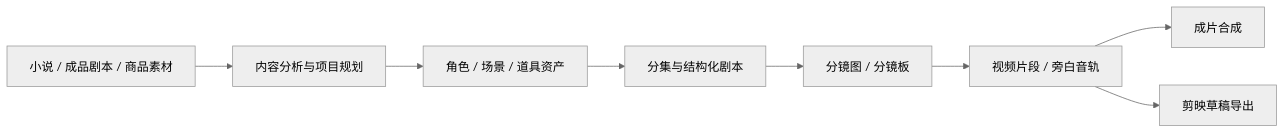
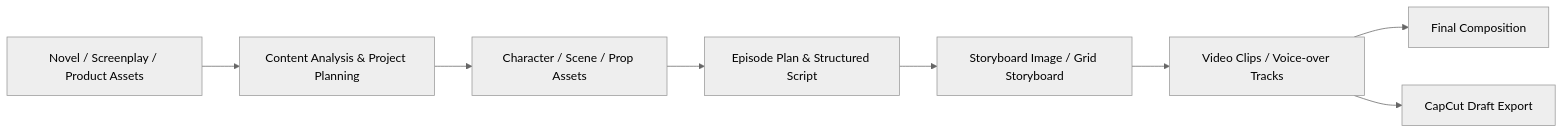
The first of 2 diagrams in README.en.md (ArcReel/ArcReel), drawn with Mermaid (neutral theme) before and after one commit. The commit also changed other lines of this file and 9 other files, not shown here.

````diff
--- a/README.en.md
+++ b/README.en.md
@@ -88,10 +88,10 @@
 ```mermaid
 flowchart LR
-    A["小说 / 成品剧本 / 商品素材"] --> B["内容分析与项目规划"]
-    B --> C["角色 / 场景 / 道具资产"]
-    C --> D["分集与结构化剧本"]
-    D --> E["分镜图 / 分镜板"]
-    E --> F["视频片段 / 旁白音轨"]
-    F --> G["成片合成"]
-    F --> H["剪映草稿导出"]
+    A["Novel / Screenplay / Product Assets"] --> B["Content Analysis & Project Planning"]
+    B --> C["Character / Scene / Prop Assets"]
+    C --> D["Episode Plan & Structured Script"]
+    D --> E["Storyboard Image / Grid Storyboard"]
+    E --> F["Video Clips / Voice-over Tracks"]
+    F --> G["Final Composition"]
+    F --> H["CapCut Draft Export"]
 ```
````
